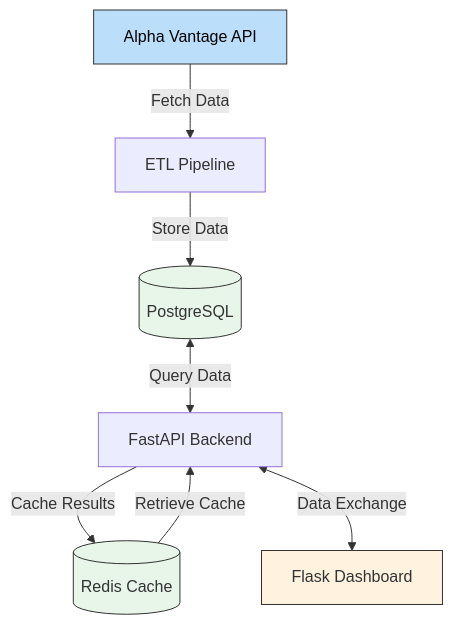
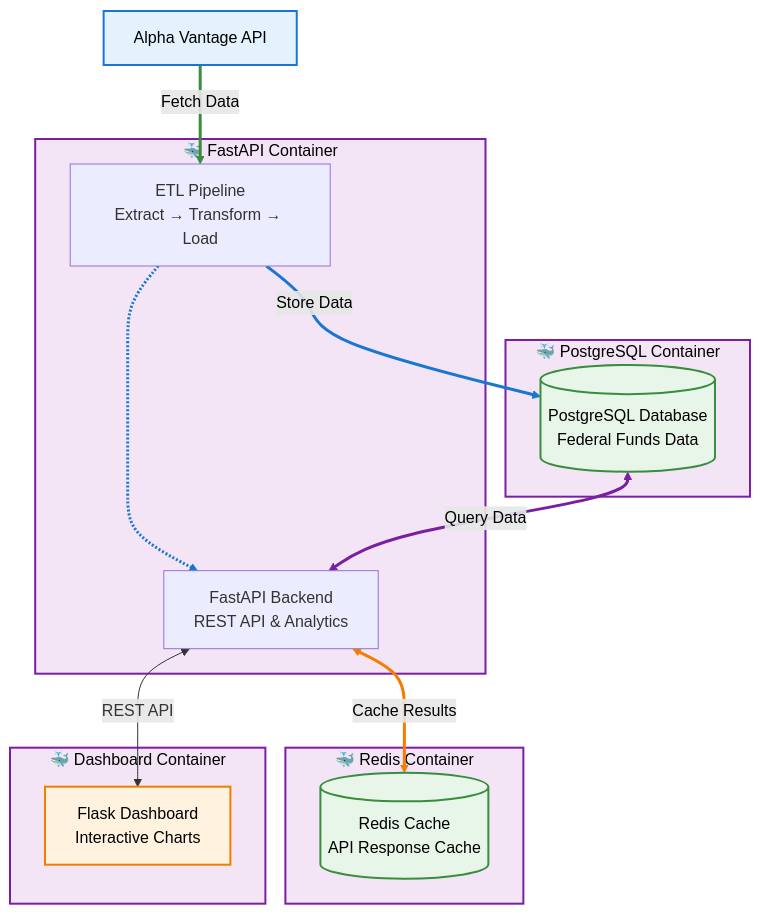
Before and after one commit to utkuyucel/fundratetracker: the diagram in README.md, drawn with Mermaid.

Commit message:
docs: Enhance architecture diagram in README; improve clarity and detail of data flow and containerization

````diff
--- a/README.md
+++ b/README.md
@@ -7,17 +7,49 @@
 ```mermaid
 flowchart TD
-    AV[Alpha Vantage API] -->|Fetch Data| ETL[ETL Pipeline]
-    ETL -->|Store Data| DB[(PostgreSQL)]
-    DB <-->|Query Data| API[FastAPI Backend]
-    API -->|Cache Results| REDIS[(Redis Cache)]
-    REDIS -->|Retrieve Cache| API
-    API <-->|Data Exchange| DASH[Flask Dashboard]
+    %% External Data Source
+    AV[Alpha Vantage API]
     
-    classDef external fill:#bbdefb,stroke:#333,stroke-width:1px,color:#000;
-    classDef storage fill:#e8f5e9,stroke:#333,stroke-width:1px,color:#333;
-    classDef frontend fill:#fff3e0,stroke:#333,stroke-width:1px,color:#333;
+    %% Docker Containers
+    subgraph DOCKER1[🐳 FastAPI Container]
+        ETL[ETL Pipeline<br/>Extract → Transform → Load]
+        API[FastAPI Backend<br/>REST API & Analytics]
+        ETL -.-> API
+    end
+    
+    subgraph DOCKER2[🐳 PostgreSQL Container]
+        DB[(PostgreSQL Database<br/>Federal Funds Data)]
+    end
+    
+    subgraph DOCKER3[🐳 Redis Container]
+        REDIS[(Redis Cache<br/>API Response Cache)]
+    end
+    
+    subgraph DOCKER4[🐳 Dashboard Container]
+        DASH[Flask Dashboard<br/>Interactive Charts]
+    end
+    
+    %% Data Flow
+    AV -->|Fetch Data| ETL
+    ETL -->|Store Data| DB
+    DB <-->|Query Data| API
+    API <-->|Cache Results| REDIS
+    API <-->|REST API| DASH
+    
+    %% Styling
+    classDef external fill:#e3f2fd,stroke:#1976d2,stroke-width:2px,color:#000;
+    classDef container fill:#f3e5f5,stroke:#7b1fa2,stroke-width:2px,color:#000;
+    classDef storage fill:#e8f5e9,stroke:#388e3c,stroke-width:2px,color:#000;
+    classDef frontend fill:#fff3e0,stroke:#f57c00,stroke-width:2px,color:#000;
+    
+    %% Arrow styling
+    linkStyle 0 stroke:#1976d2,stroke-width:3px,color:#000
+    linkStyle 1 stroke:#388e3c,stroke-width:3px,color:#000
+    linkStyle 2 stroke:#1976d2,stroke-width:3px,color:#000
+    linkStyle 3 stroke:#7b1fa2,stroke-width:3px,color:#000
+    linkStyle 4 stroke:#f57c00,stroke-width:3px,color:#000
     
     class AV external;
+    class DOCKER1,DOCKER2,DOCKER3,DOCKER4 container;
     class DB,REDIS storage;
     class DASH frontend;
 ```
````
